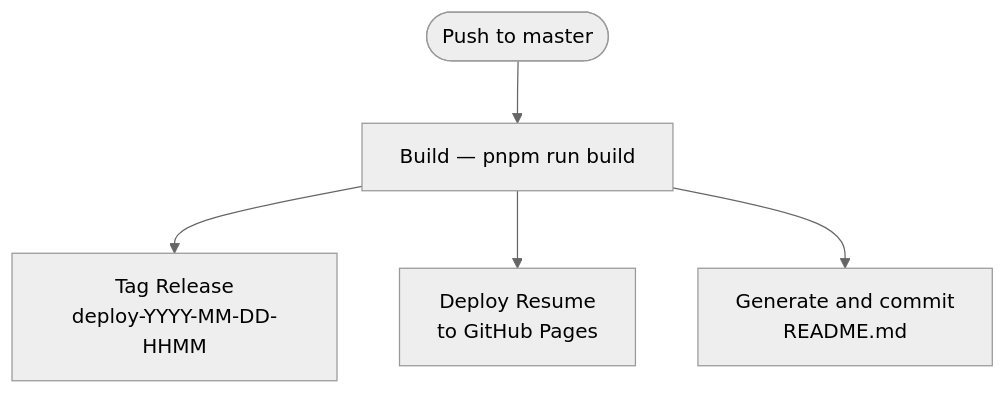
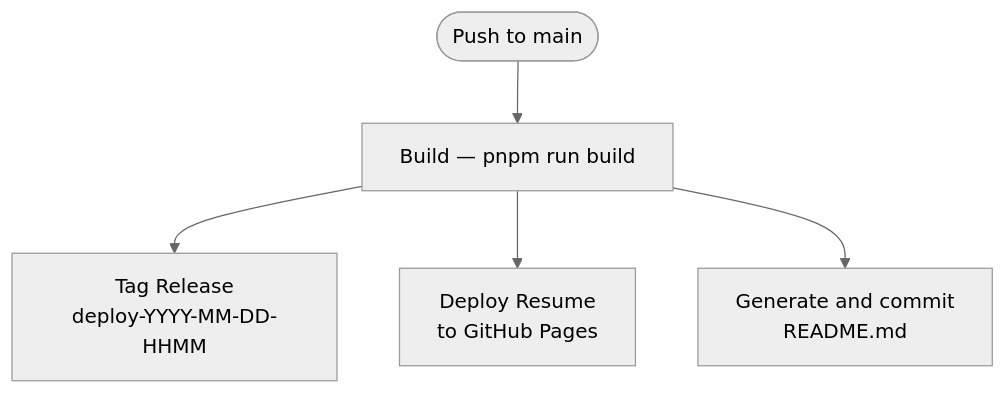
Before and after one commit to virgenherrera/virgenherrera: the fourth of 4 diagrams in CONTRIBUTING.md, drawn with Mermaid (neutral theme). The commit also changed other lines of this file and 4 other files, not shown here.

First line of the commit message:
chore: rename default branch references from master to main

````diff
--- a/CONTRIBUTING.md
+++ b/CONTRIBUTING.md
@@ -268,7 +268,7 @@
 ```mermaid
 flowchart TD
-    push([Push to master]) --> build[Build — pnpm run build]
+    push([Push to main]) --> build[Build — pnpm run build]
     build --> tag[Tag Release<br/>deploy-YYYY-MM-DD-HHMM]
     build --> deploy-resume[Deploy Resume<br/>to GitHub Pages]
     build --> deploy-readme[Generate and commit<br/>README.md]
 ```
````
